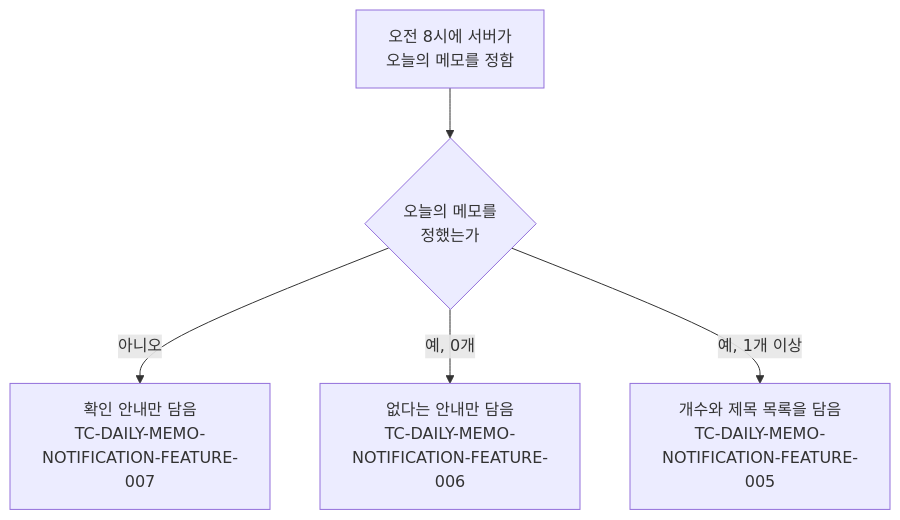
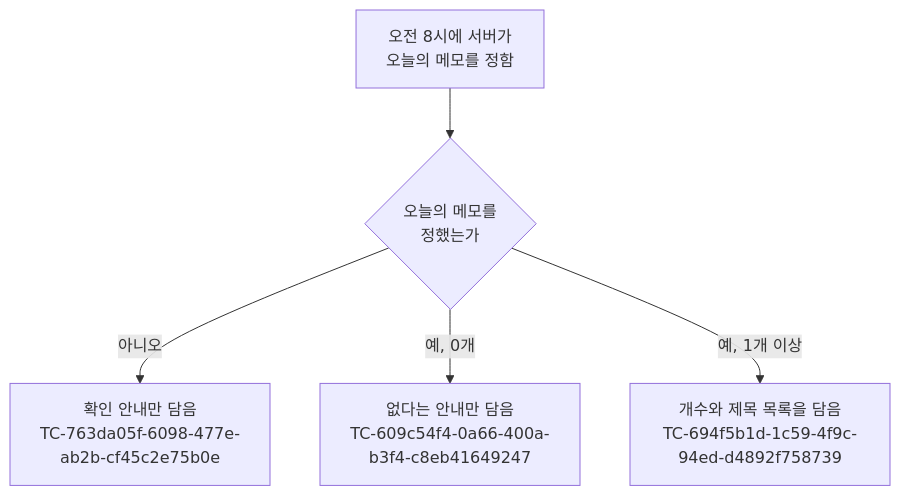
Before and after one commit to taetae98coding/DiaryKMP: the first of 2 diagrams in docs/testcase/daily-memo-notification.md, drawn with Mermaid. The commit also changed other lines of this file and 1177 other files, not shown here.

````diff
--- a/docs/testcase/daily-memo-notification.md
+++ b/docs/testcase/daily-memo-notification.md
@@ -13,7 +13,7 @@
 ```mermaid
 flowchart TD
     Start["오전 8시에 서버가<br/>오늘의 메모를 정함"] --> Fetch{"오늘의 메모를<br/>정했는가"}
-    Fetch -- 아니오 --> Failed["확인 안내만 담음<br/>TC-DAILY-MEMO-NOTIFICATION-FEATURE-007"]
-    Fetch -- "예, 0개" --> Empty["없다는 안내만 담음<br/>TC-DAILY-MEMO-NOTIFICATION-FEATURE-006"]
-    Fetch -- "예, 1개 이상" --> Listed["개수와 제목 목록을 담음<br/>TC-DAILY-MEMO-NOTIFICATION-FEATURE-005"]
+    Fetch -- 아니오 --> Failed["확인 안내만 담음<br/>TC-763da05f-6098-477e-ab2b-cf45c2e75b0e"]
+    Fetch -- "예, 0개" --> Empty["없다는 안내만 담음<br/>TC-609c54f4-0a66-400a-b3f4-c8eb41649247"]
+    Fetch -- "예, 1개 이상" --> Listed["개수와 제목 목록을 담음<br/>TC-694f5b1d-1c59-4f9c-94ed-d4892f758739"]
 ```
````
